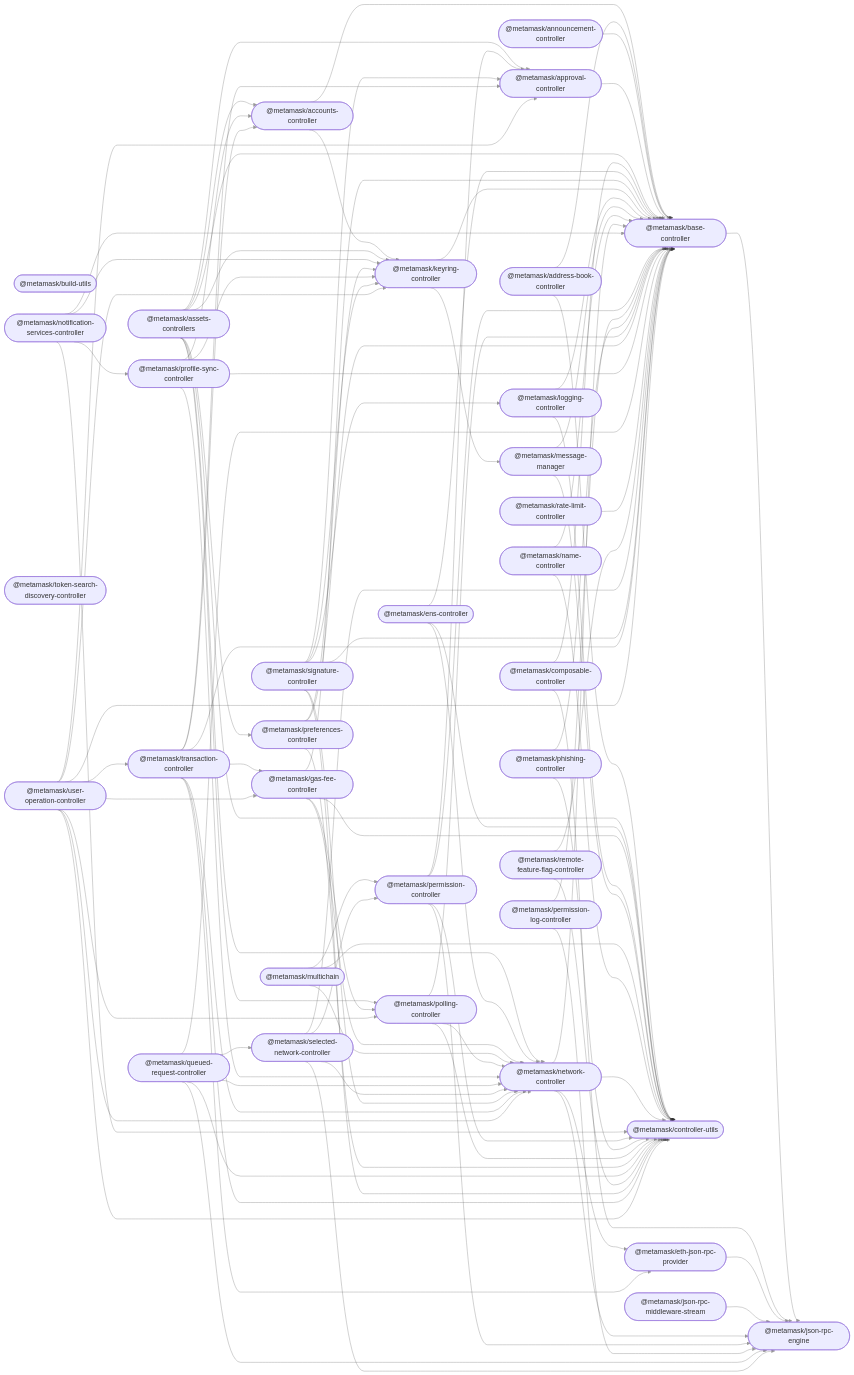
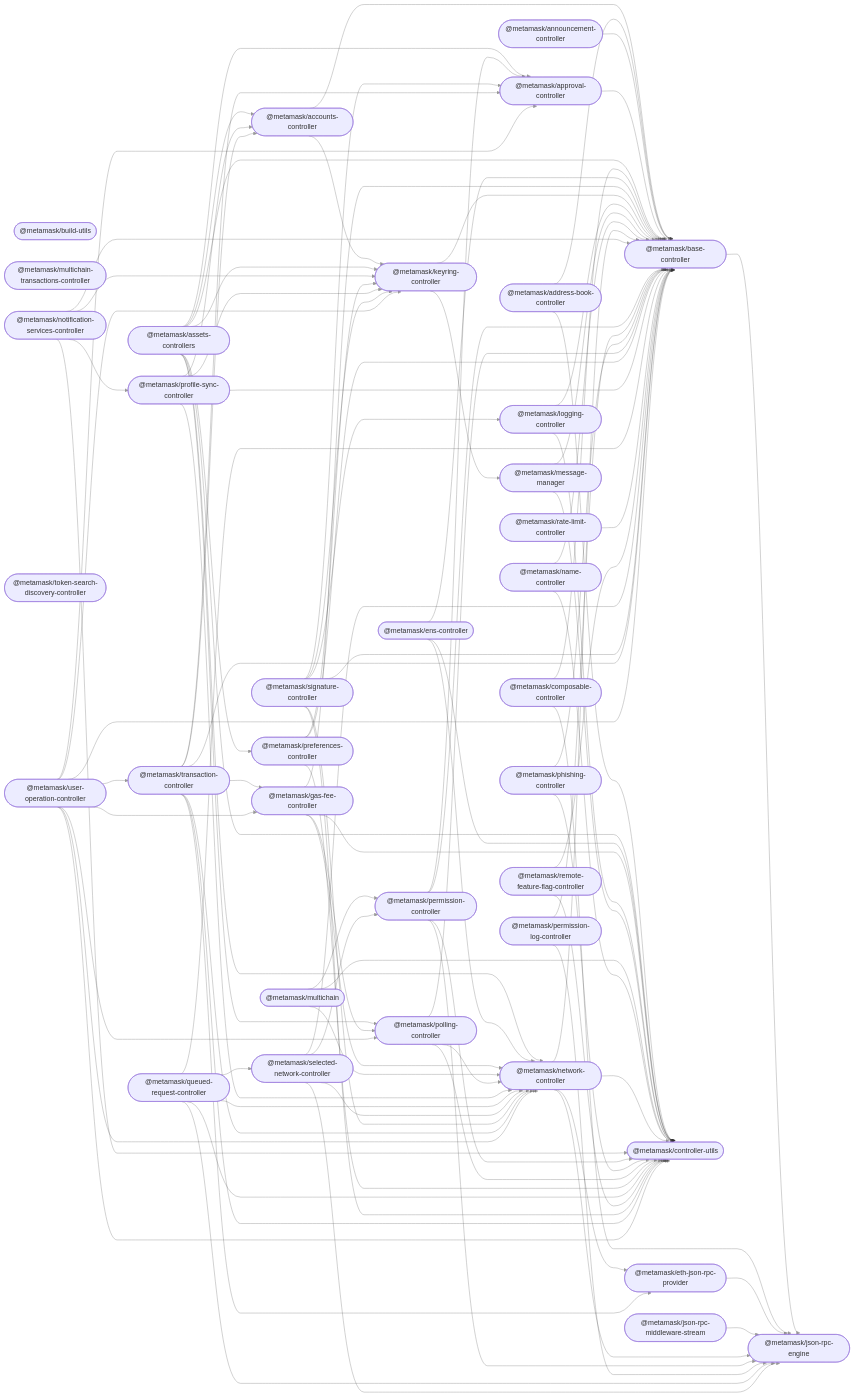
Before and after one commit to MetaMask/core: the diagram in README.md, drawn with Mermaid. The commit also changed other lines of this file and 21 other files, not shown here.

First line of the commit message:
feat: SOL-46 adds the multichain transactions controller package (#5133)

```diff
--- a/README.md
+++ b/README.md
@@ -81,6 +83,7 @@
   logging_controller(["@metamask/logging-controller"]);
   message_manager(["@metamask/message-manager"]);
   multichain(["@metamask/multichain"]);
+  multichain_transactions_controller(["@metamask/multichain-transactions-controller"]);
   name_controller(["@metamask/name-controller"]);
   network_controller(["@metamask/network-controller"]);
   notification_services_controller(["@metamask/notification-services-controller"]);
```
